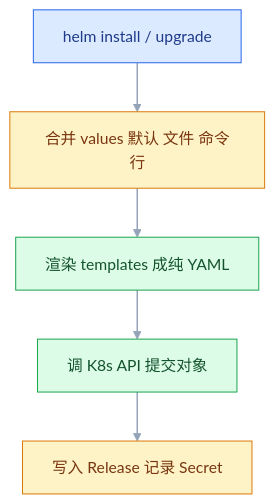
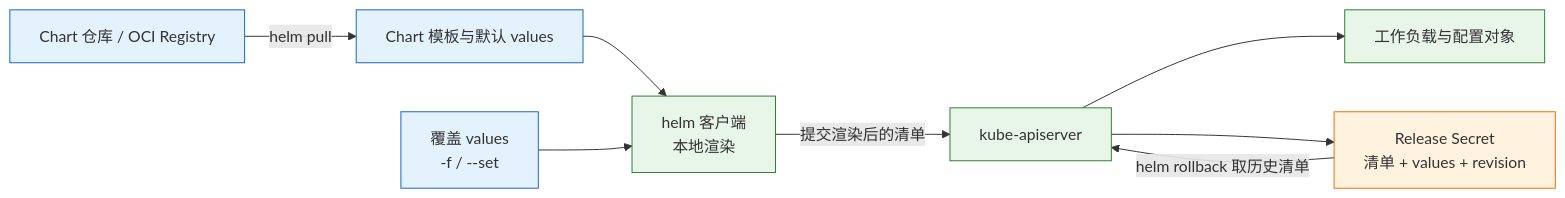
One commit to jimbosuper/studynotes changed the first of 3 diagrams in blog/src/notes/07-运维/03-容器与编排/06-Kubernetes包管理器.md. Above: the diagram before and after it, drawn with Mermaid. The commit also changed other lines of this file and 367 other files, not shown here.

````diff
--- a/blog/src/notes/07-运维/03-容器与编排/06-Kubernetes包管理器.md
+++ b/blog/src/notes/07-运维/03-容器与编排/06-Kubernetes包管理器.md
@@ -689,15 +50,16 @@
 ```mermaid
-flowchart TD
-    classDef client fill:#DBEAFE,stroke:#2563EB,color:#1E3A8A
-    classDef service fill:#DCFCE7,stroke:#16A34A,color:#14532D
-    classDef data fill:#FEF3C7,stroke:#D97706,color:#78350F
-
-    A["helm install / upgrade"]:::client
-    B["合并 values 默认 文件 命令行"]:::data
-    C["渲染 templates 成纯 YAML"]:::service
-    D["调 K8s API 提交对象"]:::service
-    E["写入 Release 记录 Secret"]:::data
-
-    A --> B --> C --> D --> E
-    linkStyle default stroke:#94A3B8,stroke-width:1.5px
+flowchart LR
+    REG["Chart 仓库 / OCI Registry"] -->|"helm pull"| CH["Chart 模板与默认 values"]
+    CH --> REN["helm 客户端<br/>本地渲染"]
+    OV["覆盖 values<br/>-f / --set"] --> REN
+    REN -->|"提交渲染后的清单"| API["kube-apiserver"]
+    API --> OBJ["工作负载与配置对象"]
+    API --> SEC["Release Secret<br/>清单 + values + revision"]
+    SEC -->|"helm rollback 取历史清单"| API
+    classDef client fill:#e3f2fd,stroke:#1565c0;
+    classDef engine fill:#e8f5e9,stroke:#2e7d32;
+    classDef image fill:#fff3e0,stroke:#ef6c00;
+    class CH,OV,REG client
+    class REN,API,OBJ engine
+    class SEC image
 ```
````
